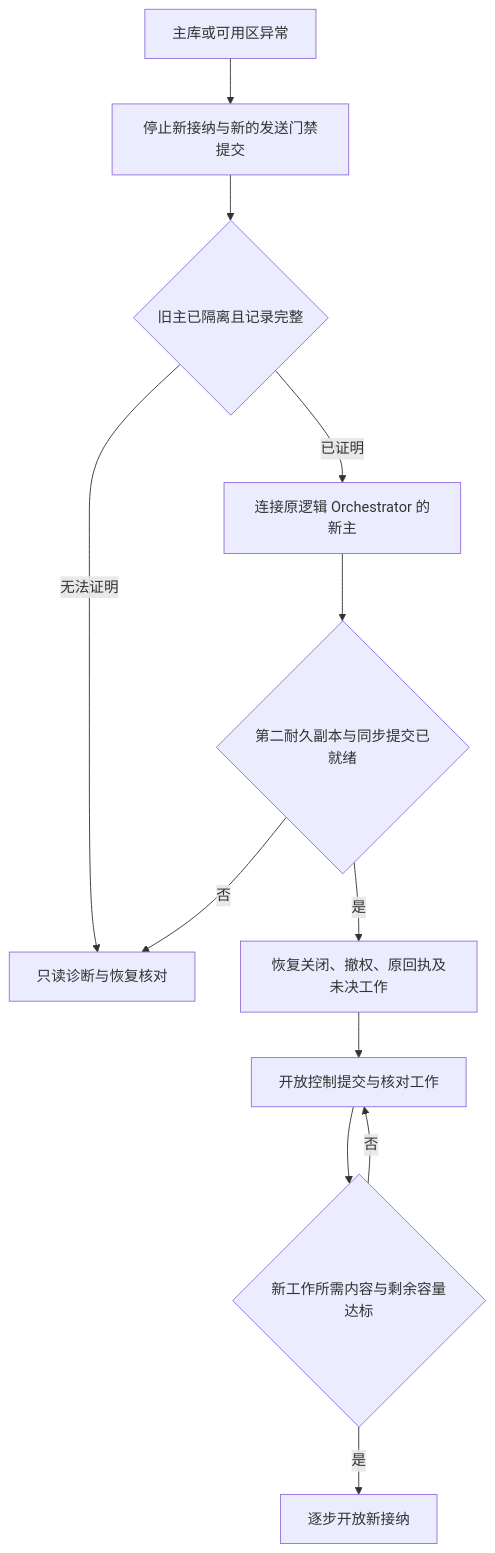
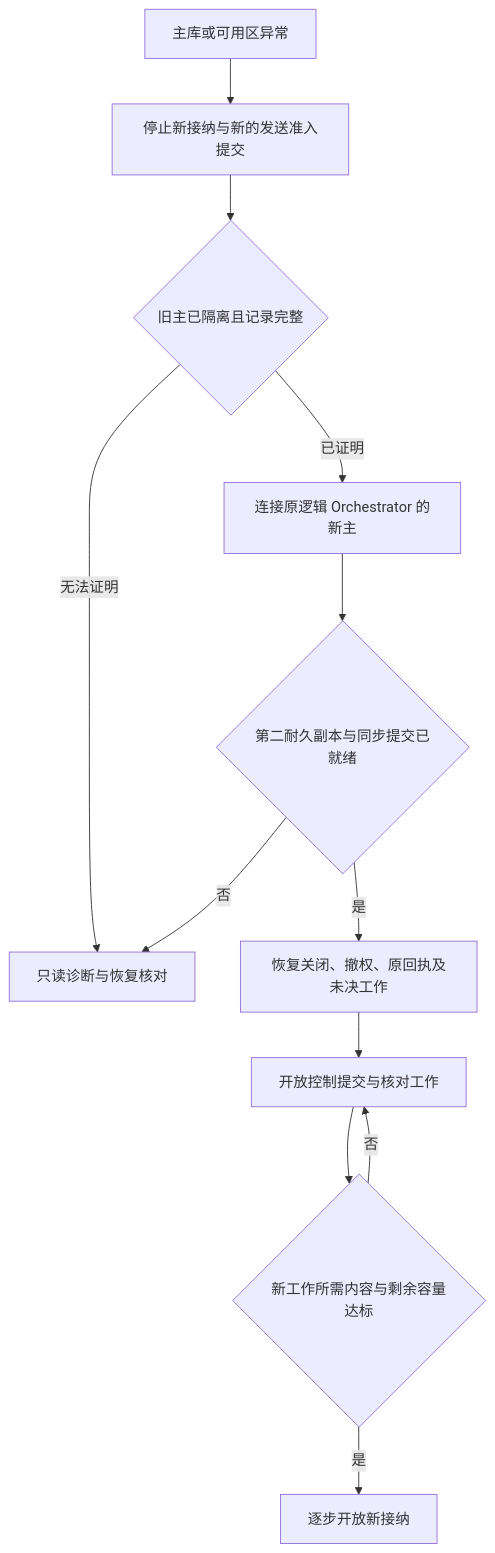
Before and after one commit to ruipengliu/lerna: the ninth of 9 diagrams in docs/architecture/deployment-production.md, drawn with Mermaid. The commit also changed other lines of this file and 205 other files, not shown here.

Commit message:
docs: unify architecture terminology

````diff
--- a/docs/architecture/deployment-production.md
+++ b/docs/architecture/deployment-production.md
@@ -297,14 +297,14 @@
 ```mermaid
 flowchart TB
-    F[主库或可用区异常] --> Q[停止新接纳与新的发送门禁提交]
+    F[主库或可用区异常] --> Q[停止新接纳与新的发送准入提交]
     Q --> P{旧主已隔离且记录完整}
     P -->|无法证明| R[只读诊断与恢复核对]
     P -->|已证明| D[连接原逻辑 Orchestrator 的新主]
     D --> S{第二耐久副本与同步提交已就绪}
     S -->|否| R
     S -->|是| C[恢复关闭、撤权、原回执及未决工作]
     C --> L[开放控制提交与核对工作]
     L --> N{新工作所需内容与剩余容量达标}
     N -->|是| O[逐步开放新接纳]
     N -->|否| L
 ```
````
